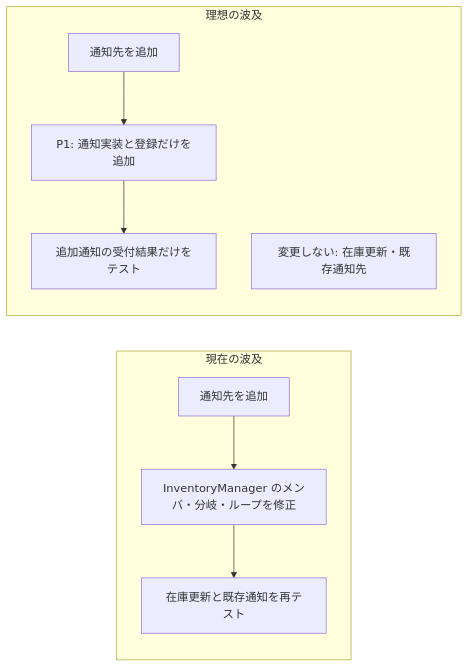
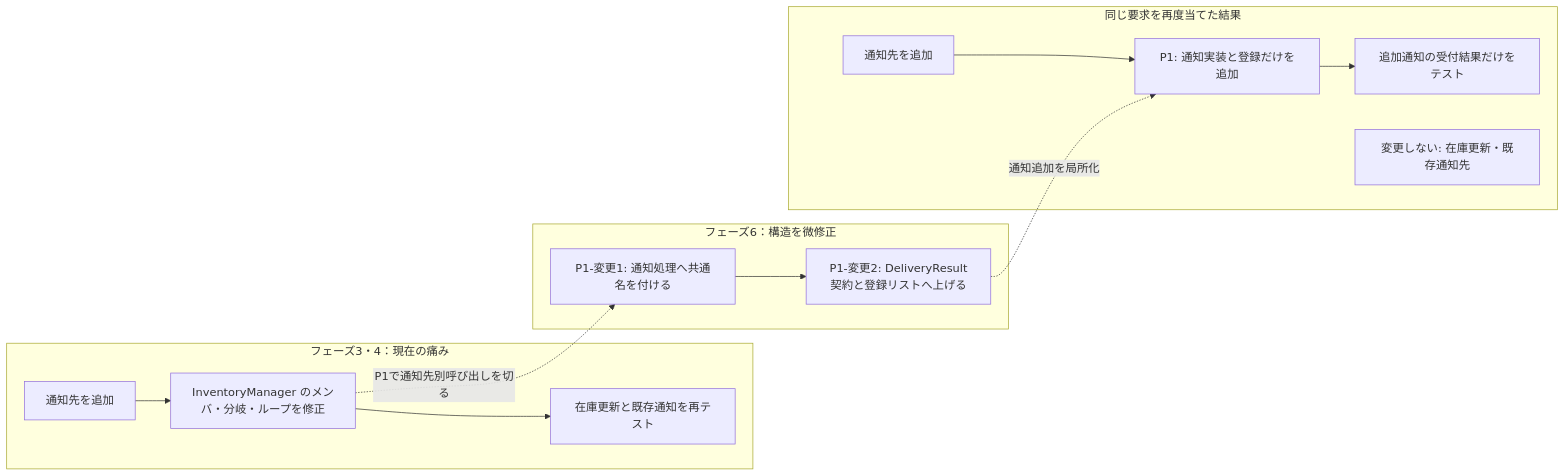
The sixth of 13 diagrams in kindle/design-patterns/output/chapter07.md (kumachan1101-pixel/DesignPattern), drawn with Mermaid before and after one commit. The commit also changed other lines of this file and 22 other files, not shown here.

````diff
--- a/kindle/design-patterns/output/chapter07.md
+++ b/kindle/design-patterns/output/chapter07.md
@@ -921,12 +921,17 @@
 ```mermaid
 flowchart LR
-    subgraph Current["現在の波及"]
+    subgraph Pain["フェーズ3・4：現在の痛み"]
         CR["通知先を追加"] --> C1["InventoryManager のメンバ・分岐・ループを修正"]
         C1 --> C2["在庫更新と既存通知を再テスト"]
     end
-    subgraph Ideal["理想の波及"]
+    subgraph StructuralChange["フェーズ6：構造を微修正"]
+        S1["P1-変更1: 通知処理へ共通名を付ける"] --> S2["P1-変更2: DeliveryResult契約と登録リストへ上げる"]
+    end
+    subgraph Result["同じ要求を再度当てた結果"]
         IR["通知先を追加"] --> I1["P1: 通知実装と登録だけを追加"]
         I1 --> I2["追加通知の受付結果だけをテスト"]
         IS["変更しない: 在庫更新・既存通知先"]
     end
+    C1 -. "P1で通知先別呼び出しを切る" .-> S1
+    S2 -. "通知追加を局所化" .-> I1
 ```
````
